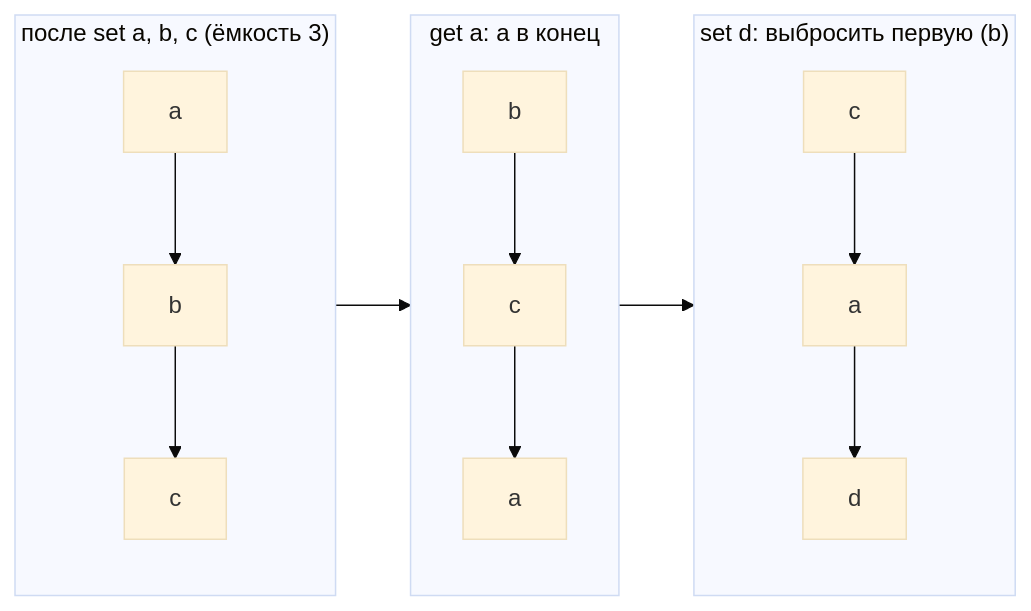
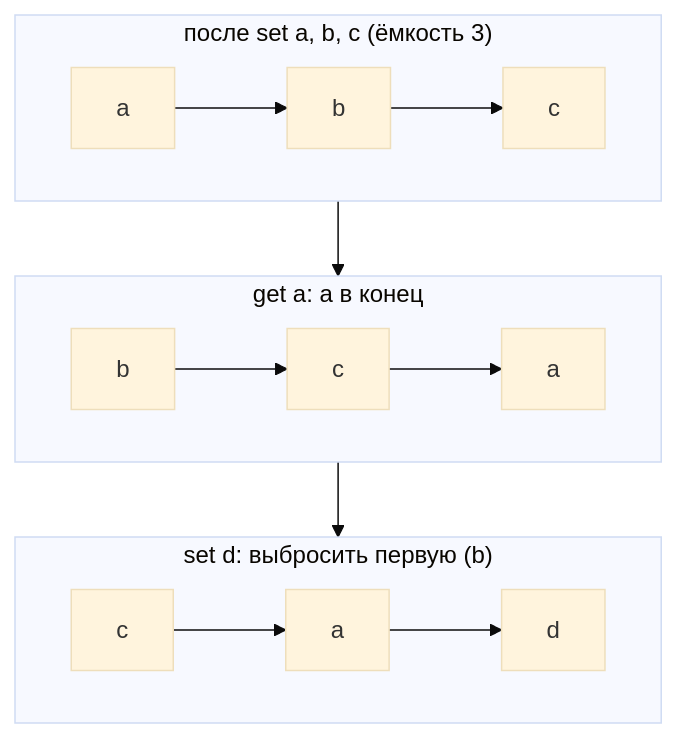
Before and after one commit to IGMiller777/frontend-gym: the second of 3 diagrams in content/lessons/js-core/js-caching.ru.md, drawn with Mermaid (base theme). The commit also changed other lines of this file and 19 other files, not shown here.

First line of the commit message:
lessons: fit wide diagrams in JS and React lessons into the column

````diff
--- a/content/lessons/js-core/js-caching.ru.md
+++ b/content/lessons/js-core/js-caching.ru.md
@@ -77,13 +77,16 @@
 ```mermaid
-flowchart LR
+flowchart TB
   subgraph S1["после set a, b, c (ёмкость 3)"]
+    direction LR
     a1["a"] --> b1["b"] --> c1["c"]
   end
   subgraph S2["get a: a в конец"]
+    direction LR
     b2["b"] --> c2["c"] --> a2["a"]
   end
   subgraph S3["set d: выбросить первую (b)"]
+    direction LR
     c3["c"] --> a3["a"] --> d3["d"]
   end
   S1 --> S2 --> S3
 ```
````
